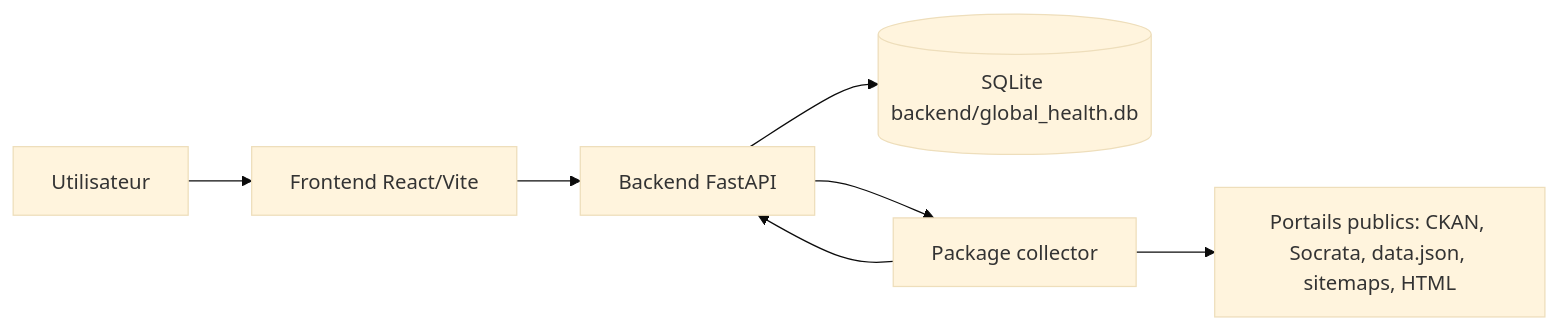
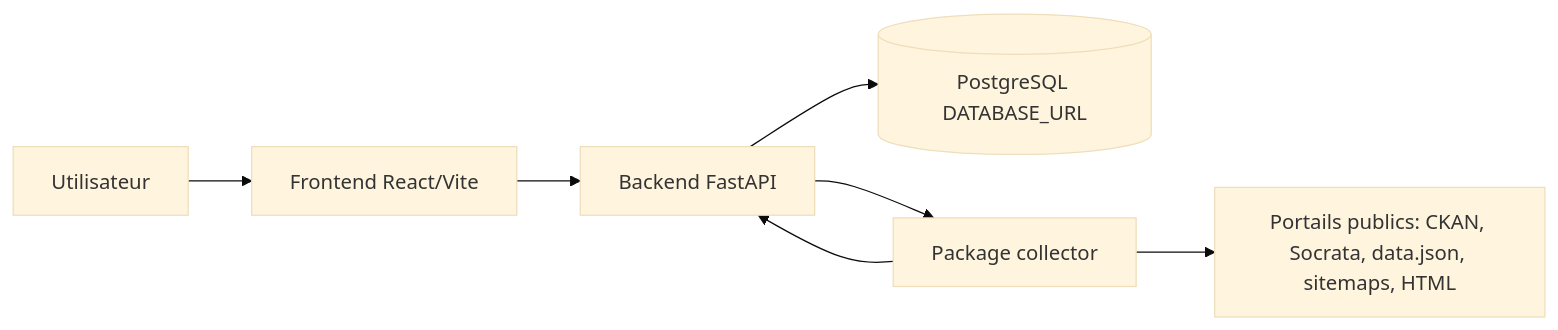
Before and after one commit to nicolasberlin/global-health-dataset-catalog: the first of 10 diagrams in docs/technical-design-document.md, drawn with Mermaid (base theme). The commit also changed other lines of this file and 19 other files, not shown here.

Commit message:
Refactor async PostgreSQL database layer

````diff
--- a/docs/technical-design-document.md
+++ b/docs/technical-design-document.md
@@ -237,9 +250,9 @@
 ```mermaid
 flowchart LR
     User["Utilisateur"] --> UI["Frontend React/Vite"]
     UI --> API["Backend FastAPI"]
-    API --> DB[("SQLite backend/global_health.db")]
+    API --> DB[("PostgreSQL DATABASE_URL")]
     API --> Collector["Package collector"]
     Collector --> External["Portails publics: CKAN, Socrata, data.json, sitemaps, HTML"]
     Collector --> API
 ```
````
